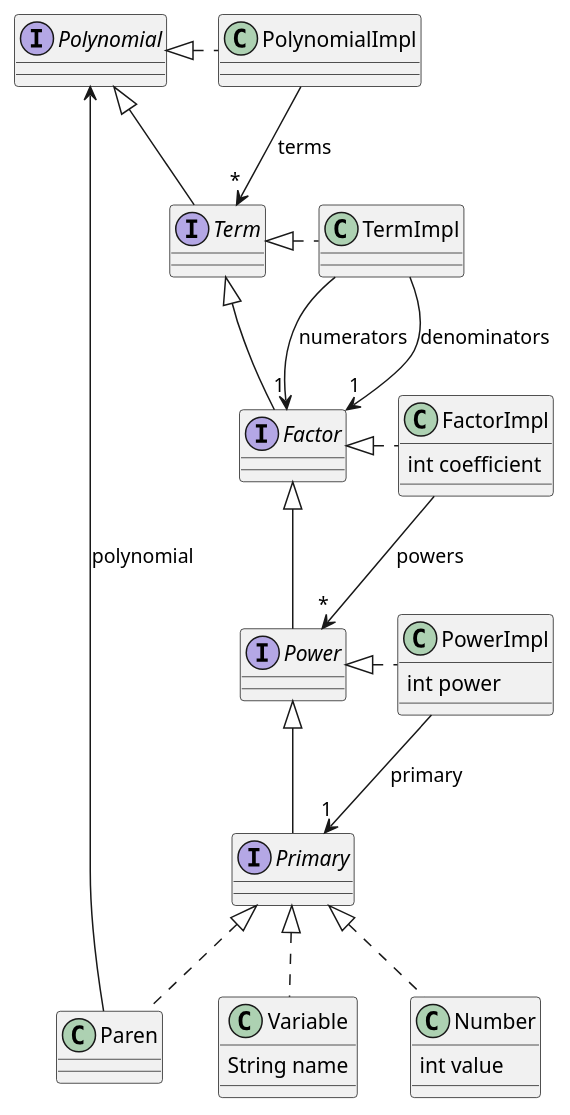
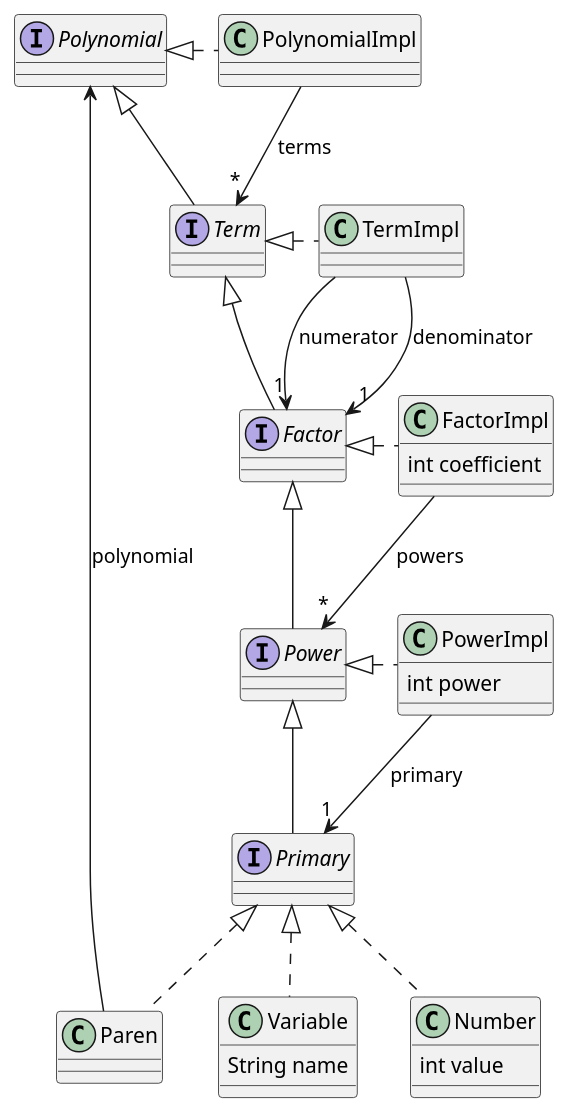
One commit to saka1029/form changed the diagram in doc/classes.plantuml. Above: the diagram before and after it, drawn with PlantUML. The commit also changed 13 other files, not shown here.

```diff
--- a/doc/classes.plantuml
+++ b/doc/classes.plantuml
@@ -1,39 +1,39 @@
 @startuml form
 interface Polynomial
 class PolynomialImpl
 PolynomialImpl .left.|> Polynomial
 PolynomialImpl --> "*" Term : terms
 interface Term
 Term -|> Polynomial
 class TermImpl
 TermImpl .left.|> Term
-TermImpl --> "1" Factor : numerators
-TermImpl --> "1" Factor : denominators
+TermImpl --> "1" Factor : numerator
+TermImpl --> "1" Factor : denominator
 interface Factor
 Factor -|> Term
 class FactorImpl {
     int coefficient
 }
 FactorImpl .left.|> Factor
 FactorImpl --> "*" Power : powers
 interface Power
 Power -|> Factor
 class PowerImpl {
     int power
 }
 PowerImpl .left.|> Power
 PowerImpl --> "1" Primary : primary
 interface Primary
 Primary -|> Power
 class Variable {
     String name
 }
 Variable .up.|> Primary
 class Number {
     int value
 }
 Number .up.|> Primary
 class Paren
 Paren .up.|> Primary
 Paren -up-> Polynomial : polynomial
 @enduml
```
